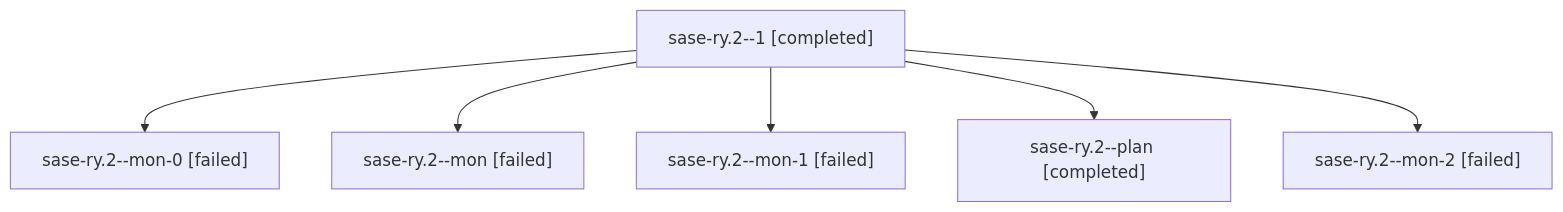
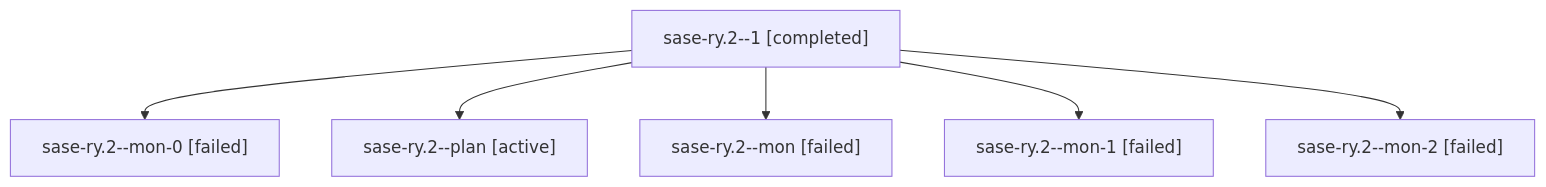
The diagram in families/bbugyi200.athena.sase-ry.2.md (sase-org/sase--agents), drawn with Mermaid before and after one commit. The commit also changed other lines of this file and 35830 other files, not shown here.

````diff
--- a/families/bbugyi200.athena.sase-ry.2.md
+++ b/families/bbugyi200.athena.sase-ry.2.md
@@ -9,14 +9,14 @@
 ```mermaid
 flowchart TD
   n0["sase-ry.2--1 [completed]"]
   n1["sase-ry.2--mon-0 [failed]"]
   n0 --> n1
-  n2["sase-ry.2--mon [failed]"]
+  n2["sase-ry.2--plan [active]"]
   n0 --> n2
-  n3["sase-ry.2--mon-1 [failed]"]
+  n3["sase-ry.2--mon [failed]"]
   n0 --> n3
-  n4["sase-ry.2--plan [completed]"]
+  n4["sase-ry.2--mon-1 [failed]"]
   n0 --> n4
   n5["sase-ry.2--mon-2 [failed]"]
   n0 --> n5
 ```
````
